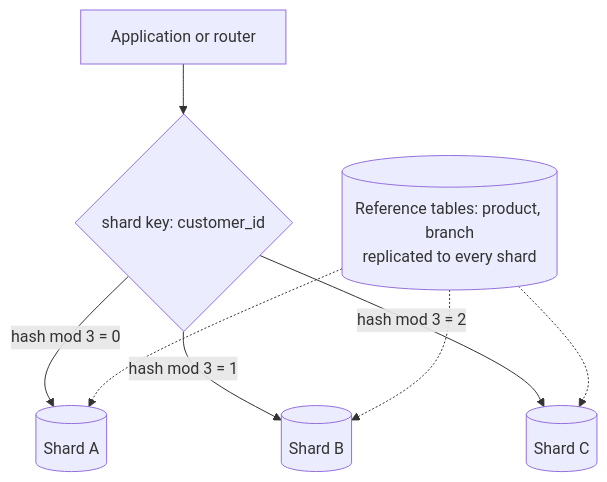
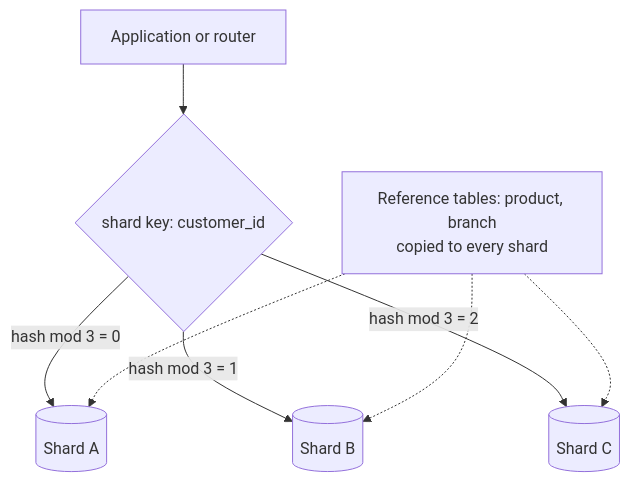
Before and after one commit to alvinnew100/grand-line-study-guide: the second of 2 diagrams in src/sql/lessons/34-sharding.md, drawn with Mermaid. The commit also changed other lines of this file and 60 other files, not shown here.

````diff
--- a/src/sql/lessons/34-sharding.md
+++ b/src/sql/lessons/34-sharding.md
@@ -46,10 +64,10 @@
 ```mermaid
 flowchart TD
     App[Application or router] --> S{shard key: customer_id}
     S -->|hash mod 3 = 0| A[(Shard A)]
     S -->|hash mod 3 = 1| B[(Shard B)]
     S -->|hash mod 3 = 2| C[(Shard C)]
-    L[(Reference tables: product, branch<br/>replicated to every shard)] -.-> A
+    L["Reference tables: product, branch<br/>copied to every shard"] -.-> A
     L -.-> B
     L -.-> C
 ```
````
